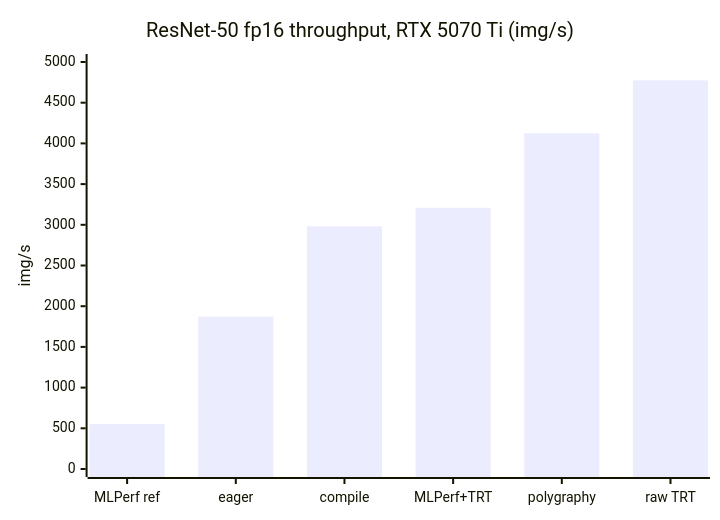
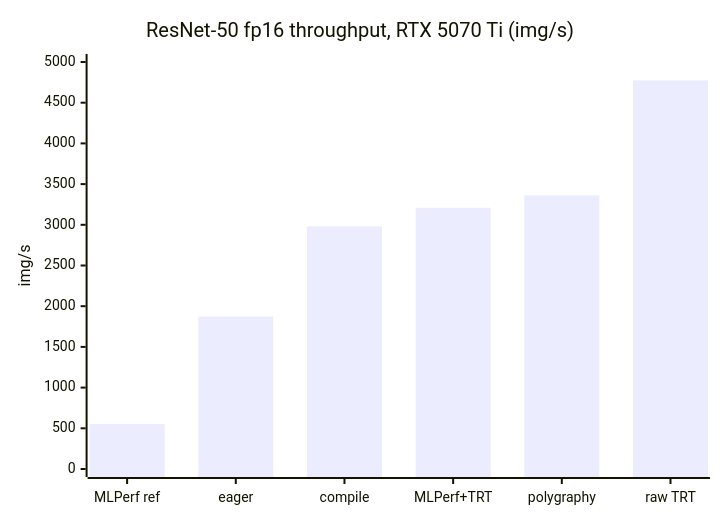
One commit to kurtvalcorza/inference-bench changed the diagram in docs/results.md. Above: the diagram before and after it, drawn with Mermaid. The commit also changed other lines of this file and 23 other files, not shown here.

````diff
--- a/docs/results.md
+++ b/docs/results.md
@@ -31,7 +33,7 @@
 ```mermaid
 xychart-beta
     title "ResNet-50 fp16 throughput, RTX 5070 Ti (img/s)"
     x-axis ["MLPerf ref", "eager", "compile", "MLPerf+TRT", "polygraphy", "raw TRT"]
     y-axis "img/s" 0 --> 5000
-    bar [552, 1873, 2982, 3210, 4125, 4774]
+    bar [552, 1873, 2982, 3210, 3361, 4774]
 ```
````
